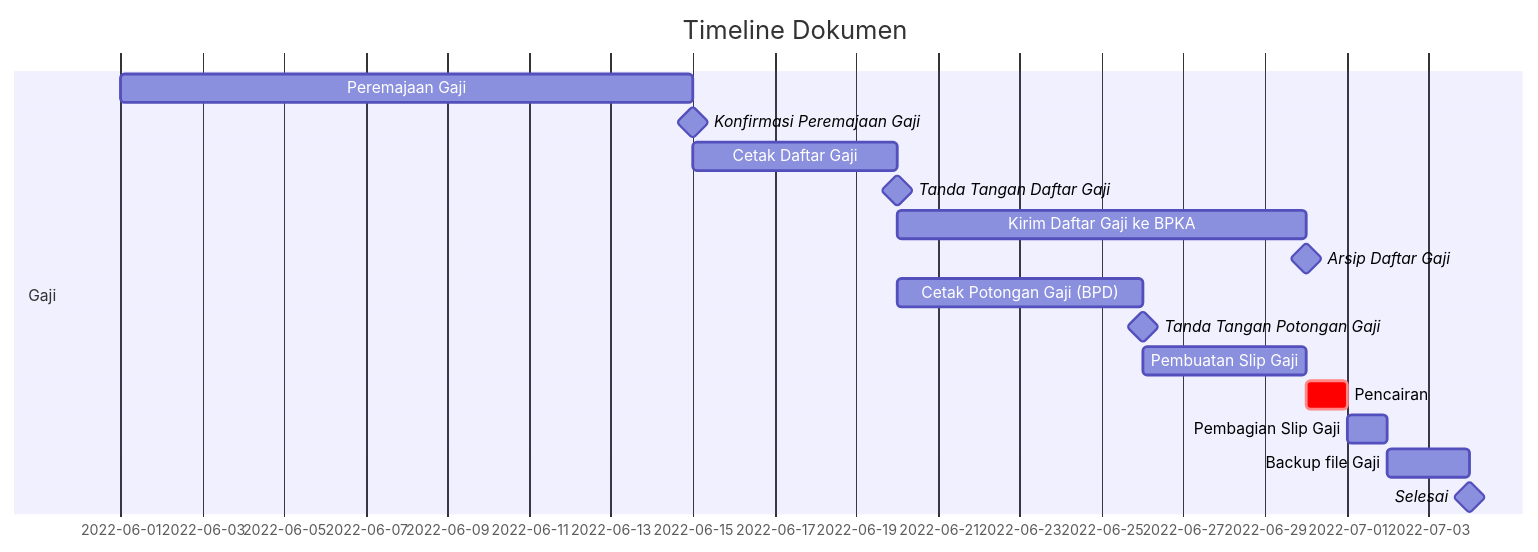
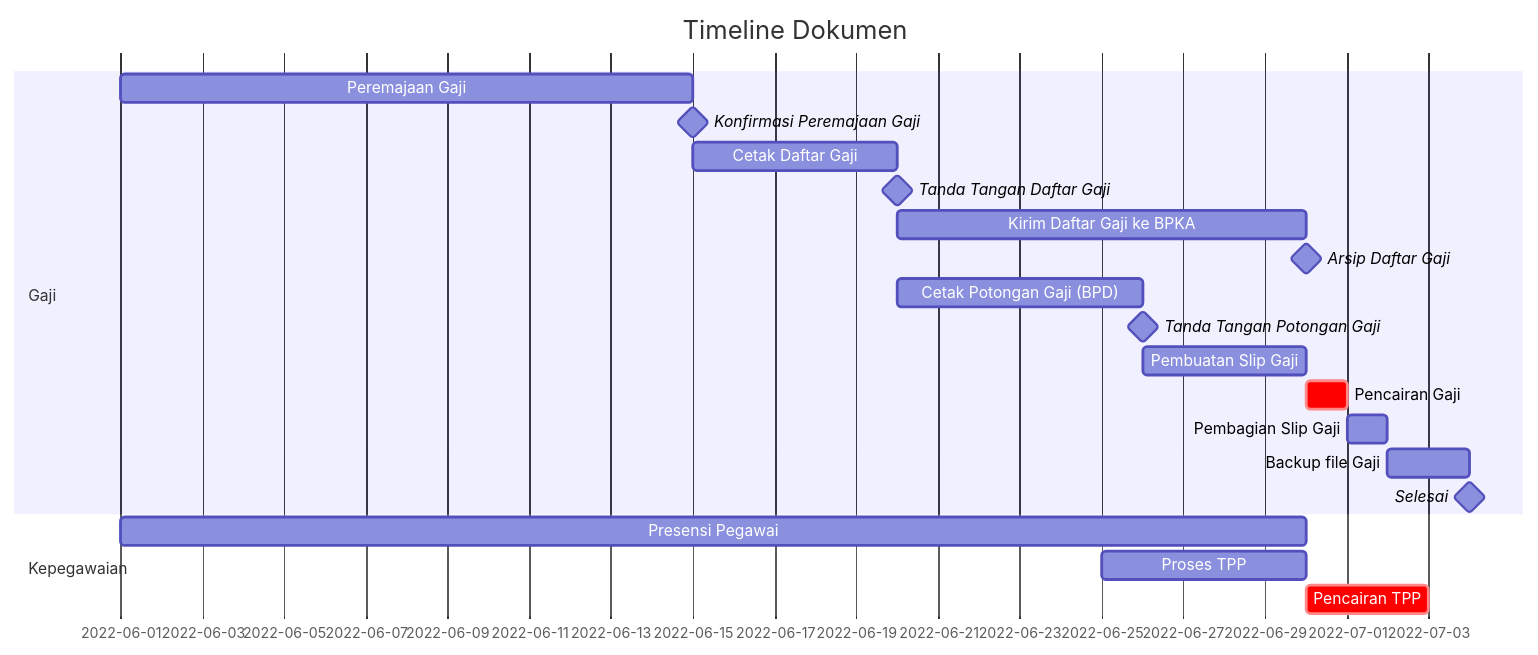
Before and after one commit to valgtreiz/Learning: the diagram in Current.md, drawn with Mermaid. The commit also changed other lines of this file, not shown here.

````diff
--- a/Current.md
+++ b/Current.md
@@ -14,29 +14,30 @@
 ```mermaid
 gantt
     dateFormat  D
     title       Timeline Dokumen
     %% excludes    Sunday
     
     %% Today's Marker styling
     todayMarker stroke-width:2px,stroke:#0f0,opacity:0.5
 
     section Gaji
     Peremajaan Gaji                 :            a1, 1, 15
     Konfirmasi Peremajaan Gaji      : milestone, a2, after a1, 0d
     Cetak Daftar Gaji               :            a3, 15, 20
     Tanda Tangan Daftar Gaji        : milestone, a4, after a3, 0d
     Kirim Daftar Gaji ke BPKA       :            a5, after a4, 30
     Arsip Daftar Gaji               : milestone, a6, after a5, 0d
     Cetak Potongan Gaji (BPD)       :            a7, 20, 26
     Tanda Tangan Potongan Gaji      : milestone, a8, after a7, 0d
     Pembuatan Slip Gaji             :            a9, after a8, 30
-    Pencairan                       : crit,      a10, after a9, 1d
+    Pencairan Gaji                  : crit,      a10, after a9, 1d
     Pembagian Slip Gaji             :            a11, after a10, 1d
     Backup file Gaji                :            a12, after a11, 2d
     Selesai                         : milestone, a13, after a12, 0d
-        
+
     section Kepegawaian
-    %% Proses TPP                      : 
-    %% Presensi
+    Presensi Pegawai                :            b1, 1, 30
+    Proses TPP                      :            b2, 25, 5d
+    Pencairan TPP                   : crit,      b3, after b2, 3d
     
 ```
````
